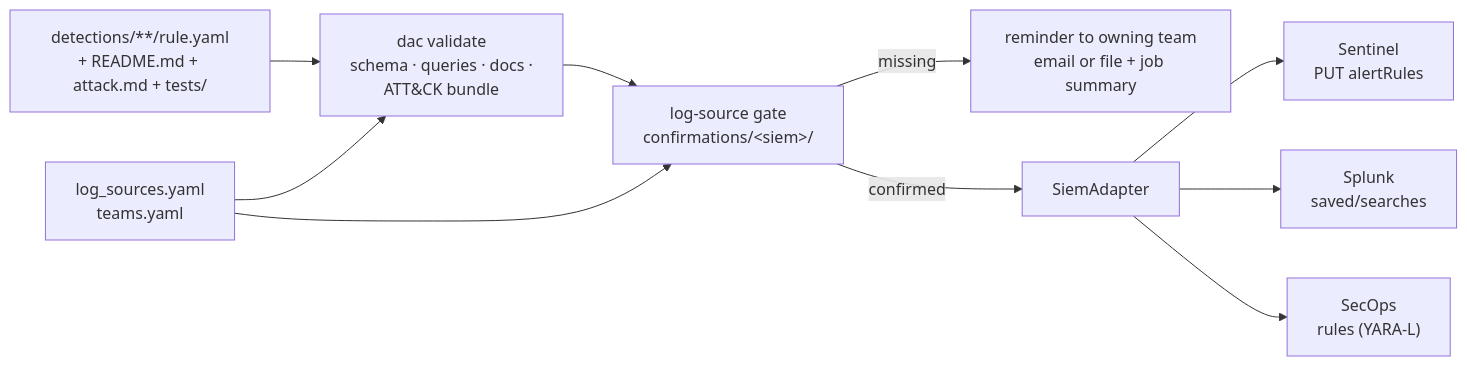
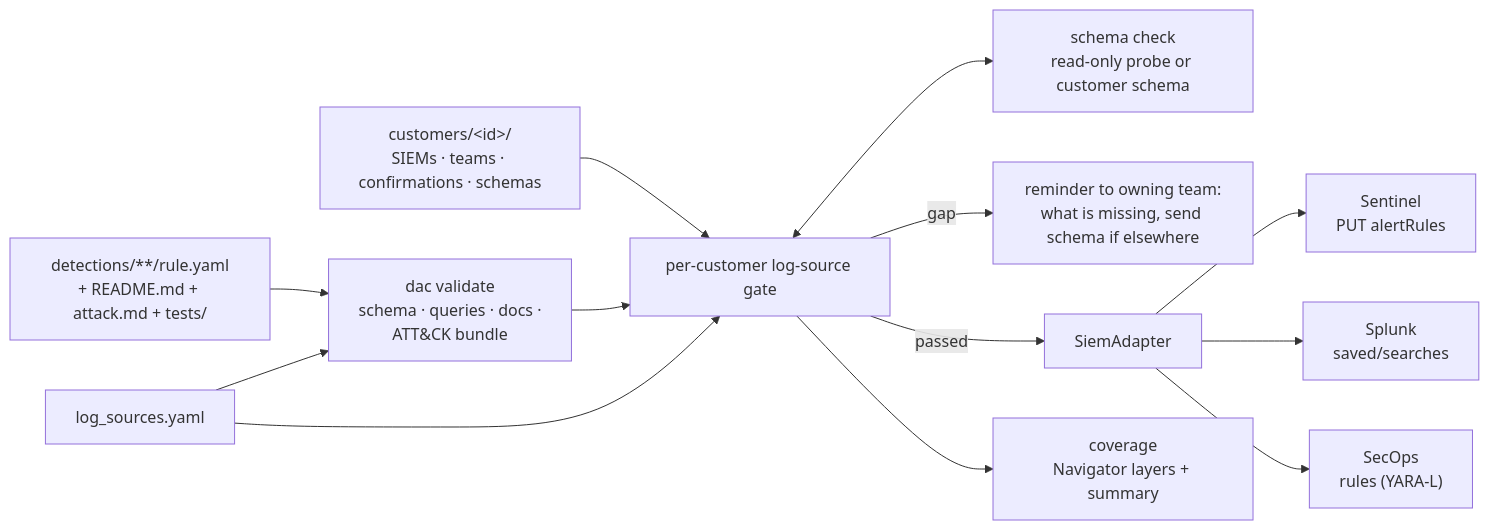
Before and after one commit to HungryBrain-bot/detection_As_Code: the diagram in README.md, drawn with Mermaid. The commit also changed other lines of this file and 57 other files, not shown here.

First line of the commit message:
Add per-customer gate, baseline tier, schema check with read-only probes, coverage layers

````diff
--- a/README.md
+++ b/README.md
@@ -18,12 +20,15 @@
 ```mermaid
 flowchart LR
     RULE["detections/**/rule.yaml<br/>+ README.md + attack.md + tests/"] --> VAL["dac validate<br/>schema · queries · docs ·<br/>ATT&CK bundle"]
-    LS["log_sources.yaml<br/>teams.yaml"] --> VAL
-    VAL --> GATE["log-source gate<br/>confirmations/&lt;siem&gt;/"]
+    LS["log_sources.yaml"] --> VAL
+    CUST["customers/&lt;id&gt;/<br/>SIEMs · teams · confirmations · schemas"] --> GATE
+    VAL --> GATE["per-customer log-source gate"]
     LS --> GATE
-    GATE -- missing --> NOTIFY["reminder to owning team<br/>email or file + job summary"]
-    GATE -- confirmed --> AD["SiemAdapter"]
+    GATE <--> SC["schema check<br/>read-only probe or customer schema"]
+    GATE -- gap --> NOTIFY["reminder to owning team:<br/>what is missing, send schema if elsewhere"]
+    GATE -- passed --> AD["SiemAdapter"]
+    GATE --> COV["coverage<br/>Navigator layers + summary"]
     AD --> SEN["Sentinel<br/>PUT alertRules"]
     AD --> SPL["Splunk<br/>saved/searches"]
     AD --> SEC["SecOps<br/>rules (YARA-L)"]
 ```
````
